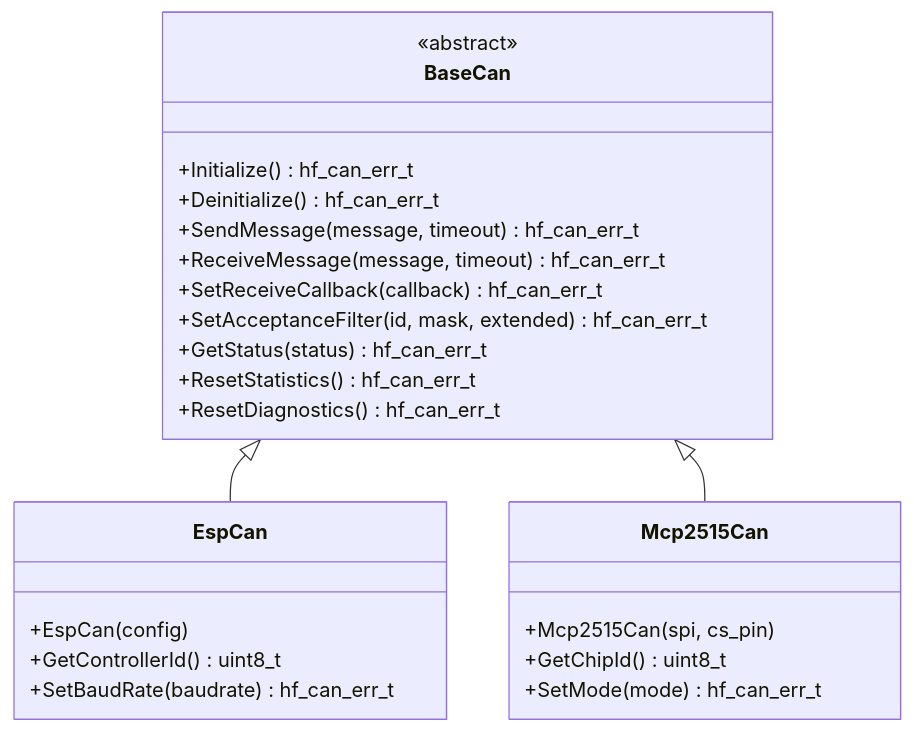
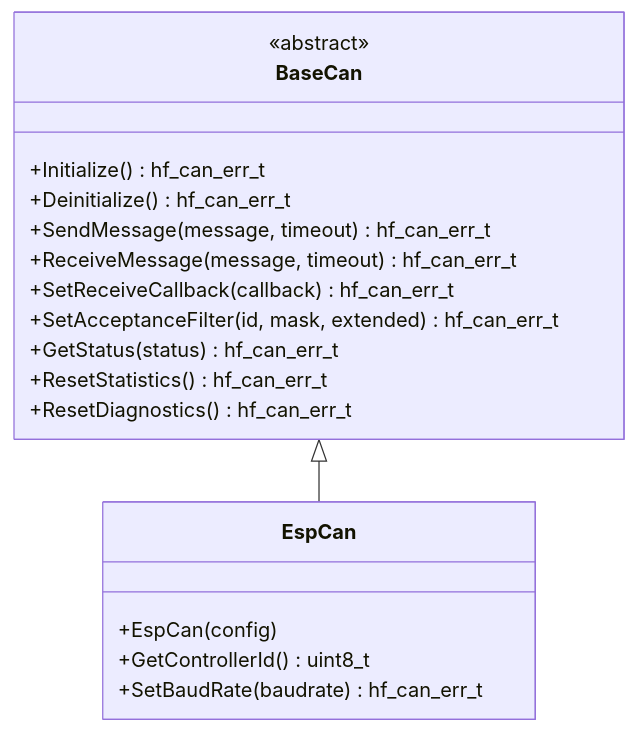
The diagram in docs/api/BaseCan.md (N3b3x/hf-internal-interface-wrap), drawn with Mermaid before and after one commit. The commit also changed other lines of this file and 12 other files, not shown here.

````diff
--- a/docs/api/BaseCan.md
+++ b/docs/api/BaseCan.md
@@ -52,30 +50,23 @@
 ```mermaid
 classDiagram
     class BaseCan {
         <<abstract>>
         +Initialize() hf_can_err_t
         +Deinitialize() hf_can_err_t
         +SendMessage(message, timeout) hf_can_err_t
         +ReceiveMessage(message, timeout) hf_can_err_t
         +SetReceiveCallback(callback) hf_can_err_t
         +SetAcceptanceFilter(id, mask, extended) hf_can_err_t
         +GetStatus(status) hf_can_err_t
         +ResetStatistics() hf_can_err_t
         +ResetDiagnostics() hf_can_err_t
     }
     
     class EspCan {
         +EspCan(config)
         +GetControllerId() uint8_t
         +SetBaudRate(baudrate) hf_can_err_t
     }
     
-    class Mcp2515Can {
-        +Mcp2515Can(spi, cs_pin)
-        +GetChipId() uint8_t
-        +SetMode(mode) hf_can_err_t
-    }
-    
     BaseCan <|-- EspCan
-    BaseCan <|-- Mcp2515Can
 ```
````
